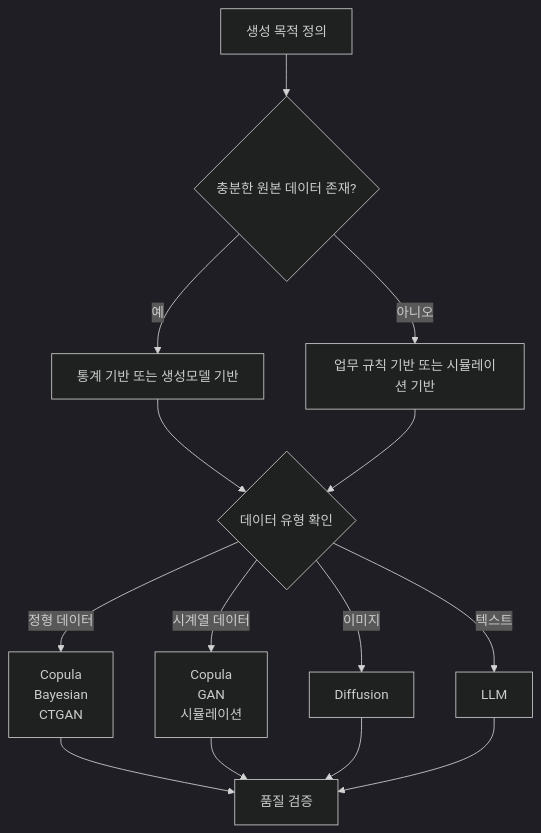
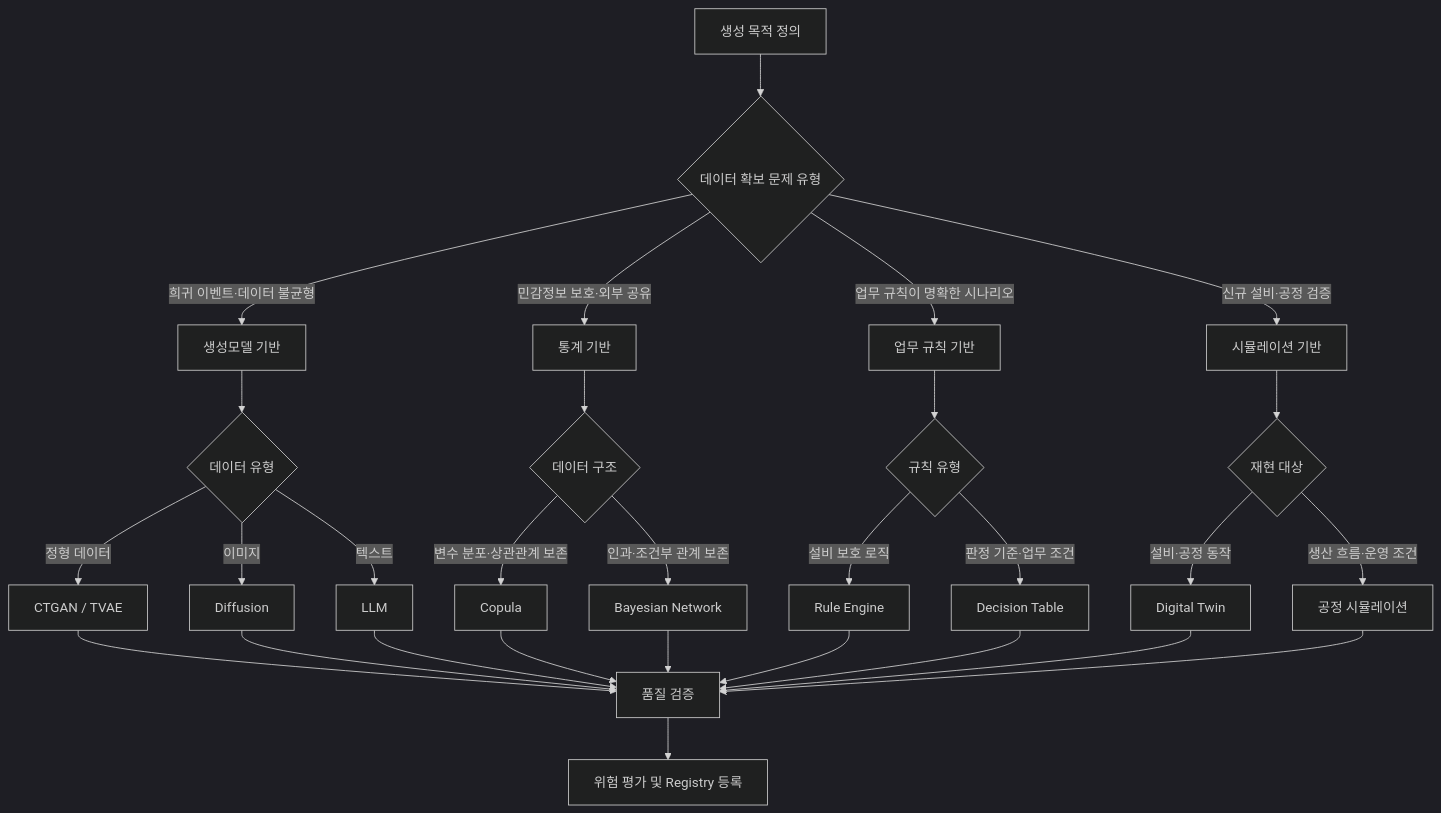
The second of 3 diagrams in 가이드 작성/E-2 합성데이터/E-2 합성데이터_0622.md (jin-kearney/ai-ready-data-manual), drawn with Mermaid (dark theme) before and after one commit. The commit also changed other lines of this file, not shown here.

Commit message:
Update E-2 합성데이터_0622.md

````diff
--- a/가이드 작성/E-2 합성데이터/E-2 합성데이터_0622.md
+++ b/가이드 작성/E-2 합성데이터/E-2 합성데이터_0622.md
@@ -576,28 +576,40 @@
 ```mermaid
 flowchart TD
 
 A[생성 목적 정의]
+--> B{데이터 확보 문제 유형}
 
-A --> B{충분한 원본 데이터 존재?}
+B -->|희귀 이벤트·데이터 불균형| C[생성모델 기반]
+B -->|업무 규칙이 명확한 시나리오| D[업무 규칙 기반]
+B -->|신규 설비·공정 검증| E[시뮬레이션 기반]
+B -->|민감정보 보호·외부 공유| F[통계 기반]
 
-B -->|예| C[통계 기반 또는 생성모델 기반]
+C --> C1{데이터 유형}
+C1 -->|정형 데이터| C2[CTGAN / TVAE]
+C1 -->|이미지| C3[Diffusion]
+C1 -->|텍스트| C4[LLM]
 
-B -->|아니오| D[업무 규칙 기반 또는 시뮬레이션 기반]
+F --> F1{데이터 구조}
+F1 -->|변수 분포·상관관계 보존| F2[Copula]
+F1 -->|인과·조건부 관계 보존| F3[Bayesian Network]
 
-C --> E{데이터 유형 확인}
+D --> D1{규칙 유형}
+D1 -->|설비 보호 로직| D2[Rule Engine]
+D1 -->|판정 기준·업무 조건| D3[Decision Table]
 
-D --> E
+E --> E1{재현 대상}
+E1 -->|설비·공정 동작| E2[Digital Twin]
+E1 -->|생산 흐름·운영 조건| E3[공정 시뮬레이션]
 
-E -->|정형 데이터| F[Copula<br/>Bayesian<br/>CTGAN]
+C2 --> G[품질 검증]
+C3 --> G
+C4 --> G
+F2 --> G
+F3 --> G
+D2 --> G
+D3 --> G
+E2 --> G
+E3 --> G
 
-E -->|시계열 데이터| G[Copula<br/>GAN<br/>시뮬레이션]
-
-E -->|이미지| H[Diffusion]
-
-E -->|텍스트| I[LLM]
-
-F --> J[품질 검증]
-G --> J
-H --> J
-I --> J
+G --> H[위험 평가 및 Registry 등록]
 ```
````
